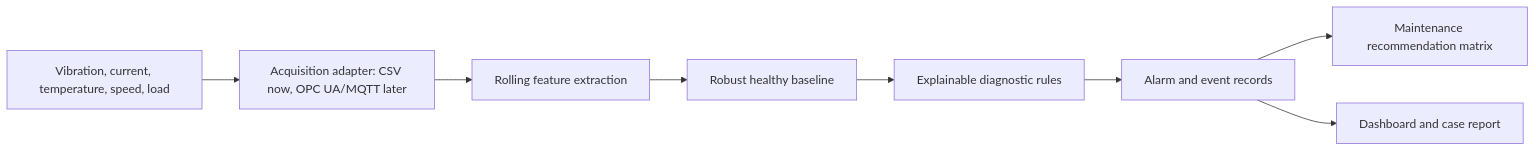
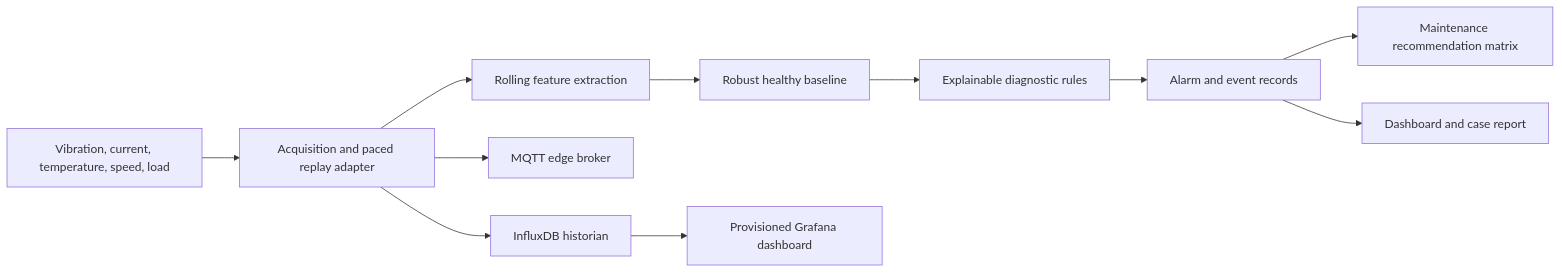
The diagram in docs/architecture.md (chad416/reliability-predictive-maintenance-layer), drawn with Mermaid before and after one commit. The commit also changed other lines of this file and 21 other files, not shown here.

````diff
--- a/docs/architecture.md
+++ b/docs/architecture.md
@@ -9,10 +9,13 @@
 ```mermaid
 flowchart LR
-  Sensors["Vibration, current, temperature, speed, load"] --> Acquisition["Acquisition adapter: CSV now, OPC UA/MQTT later"]
+  Sensors["Vibration, current, temperature, speed, load"] --> Acquisition["Acquisition and paced replay adapter"]
   Acquisition --> Feature["Rolling feature extraction"]
   Feature --> Baseline["Robust healthy baseline"]
   Baseline --> Diagnostics["Explainable diagnostic rules"]
   Diagnostics --> Alerts["Alarm and event records"]
   Alerts --> Maint["Maintenance recommendation matrix"]
   Alerts --> Dashboard["Dashboard and case report"]
+  Acquisition --> MQTT["MQTT edge broker"]
+  Acquisition --> Historian["InfluxDB historian"]
+  Historian --> Grafana["Provisioned Grafana dashboard"]
 ```
````
